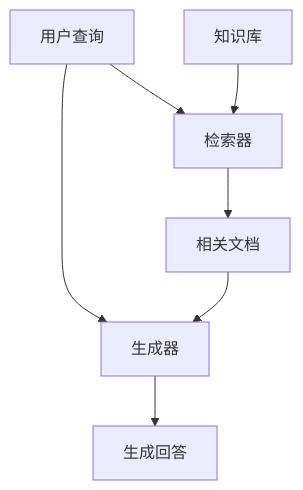
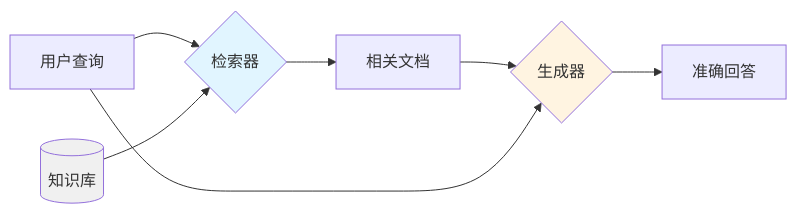
Before and after one commit to Leavesfly/TinyAI: the first of 6 diagrams in book/part3-agents/chapter17-rag-system/17.1-retrieval-augmented-generation-principles.md, drawn with Mermaid. The commit also changed other lines of this file and 40 other files, not shown here.

````diff
--- a/book/part3-agents/chapter17-rag-system/17.1-retrieval-augmented-generation-principles.md
+++ b/book/part3-agents/chapter17-rag-system/17.1-retrieval-augmented-generation-principles.md
@@ -30,9 +37,13 @@
 ```mermaid
-graph TB
-    A[用户查询] --> B[检索器]
-    C[知识库] --> B
+graph LR
+    A[用户查询] --> B{检索器}
+    C[(知识库)] --> B
     B --> D[相关文档]
-    A --> E[生成器]
-    D --> E
-    E --> F[生成回答]
+    D --> E{生成器}
+    A --> E
+    E --> F[准确回答]
+    
+    style B fill:#e1f5ff
+    style E fill:#fff4e1
+    style C fill:#f0f0f0
 ```
````
